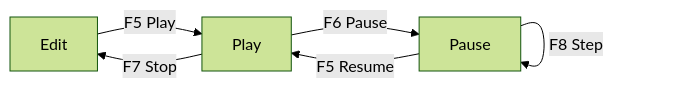
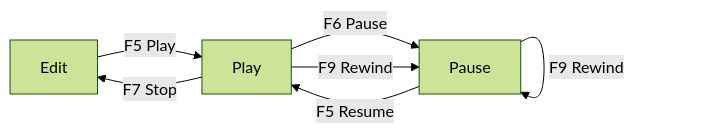
One commit to Silmaen/Owl changed the diagram in doc/pages/editor_play.md. Above: the diagram before and after it, drawn with Mermaid (forest theme). The commit also changed other lines of this file and 63 other files, not shown here.

````diff
--- a/doc/pages/editor_play.md
+++ b/doc/pages/editor_play.md
@@ -21,8 +22,10 @@
 ```mermaid
 flowchart LR
     E[Edit] -->|F5 Play| P[Play]
     P -->|F6 Pause| Z[Pause]
     Z -->|F5 Resume| P
     Z -->|F8 Step| Z
+    P -->|F9 Rewind| Z
+    Z -->|F9 Rewind| Z
     P -->|F7 Stop| E
 ```
````
